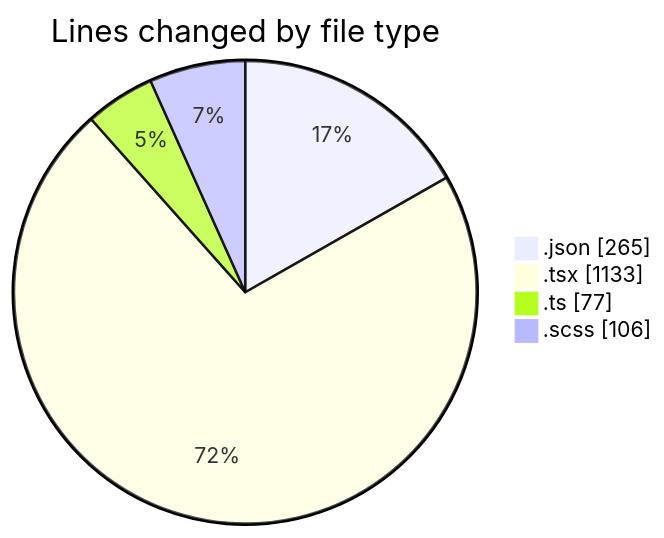
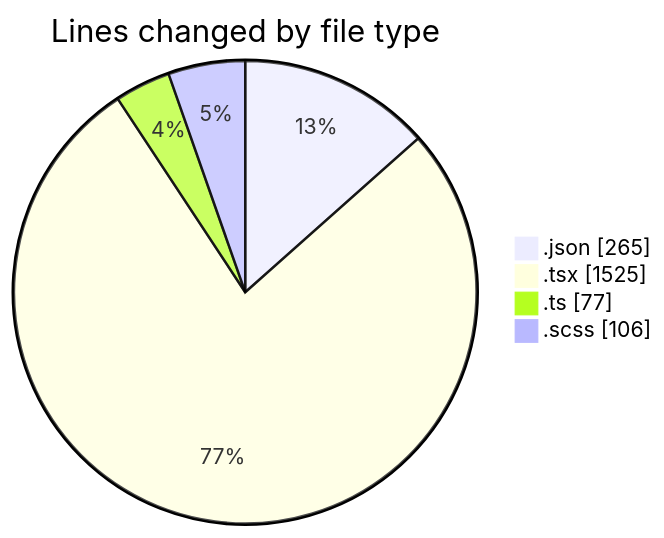
One commit to momahboobian/code-tracking changed the first of 2 diagrams in 2026-04-22/cda/README.md. Above: the diagram before and after it, drawn with Mermaid. The commit also changed other lines of this file and 1 other file, not shown here.

````diff
--- a/2026-04-22/cda/README.md
+++ b/2026-04-22/cda/README.md
@@ -30,8 +30,8 @@
 ```mermaid
 pie showData
 title Lines changed by file type
 ".json" : 265
-".tsx" : 1133
+".tsx" : 1525
 ".ts" : 77
 ".scss" : 106
 ```
````
